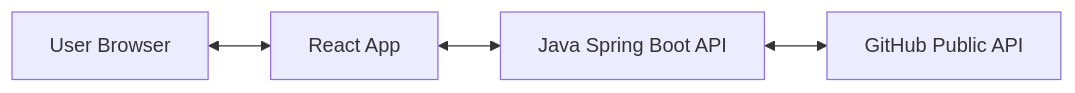
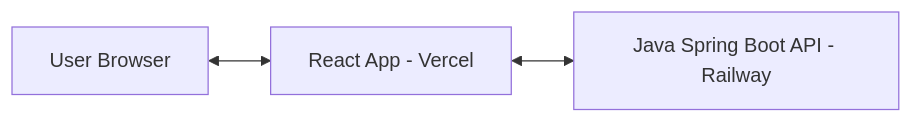
One commit to JoaoCominii/Portifolio---Profissional changed the diagram in README.md. Above: the diagram before and after it, drawn with Mermaid. The commit also changed other lines of this file, not shown here.

Commit message:
Update README with static data architecture and deployment info

````diff
--- a/README.md
+++ b/README.md
@@ -34,6 +32,5 @@
 ```mermaid
 flowchart LR
-	A[User Browser] <--> B[React App]
-	B <--> C[Java Spring Boot API]
-	C <--> D[GitHub Public API]
+	A[User Browser] <--> B[React App - Vercel]
+	B <--> C[Java Spring Boot API - Railway]
 ```
````
